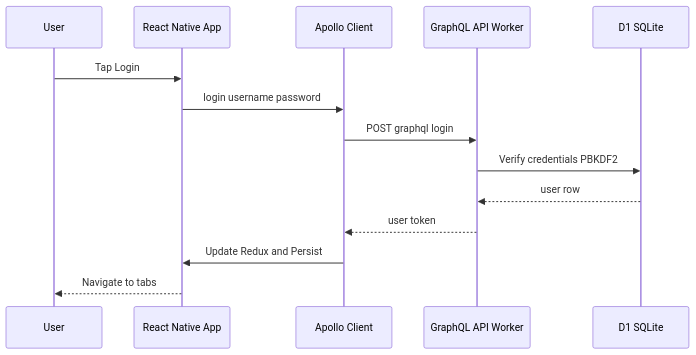
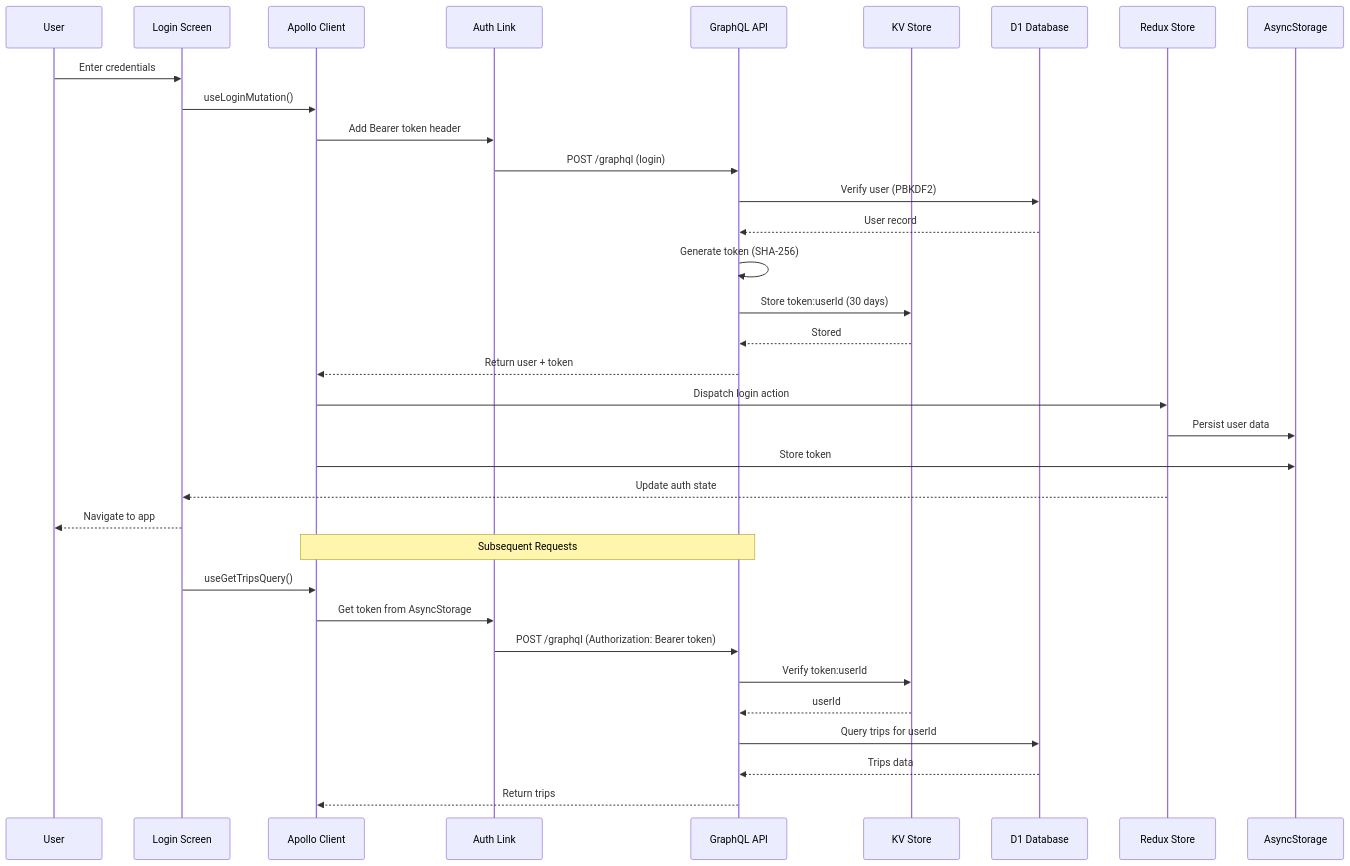
One commit to mehotkhan/safarnak.app changed the sixth of 11 diagrams in README.md. Above: the diagram before and after it, drawn with Mermaid. The commit also changed other lines of this file and 30 other files, not shown here.

First line of the commit message:
feat: enhance error handling, fix offline status, and add comprehensive architecture docs

````diff
--- a/README.md
+++ b/README.md
@@ -123,17 +321,38 @@
 ```mermaid
 sequenceDiagram
   participant U as User
-  participant RN as React Native App
-  participant AP as Apollo Client
-  participant API as GraphQL API Worker
-  participant DB as D1 SQLite
+  participant UI as Login Screen
+  participant AC as Apollo Client
+  participant AL as Auth Link
+  participant API as GraphQL API
+  participant KV as KV Store
+  participant DB as D1 Database
+  participant RS as Redux Store
+  participant AS as AsyncStorage
 
-  U->>RN: Tap Login
-  RN->>AP: login username password
-  AP->>API: POST graphql login
-  API->>DB: Verify credentials PBKDF2
-  DB-->>API: user row
-  API-->>AP: user token
-  AP->>RN: Update Redux and Persist
-  RN-->>U: Navigate to tabs
+  U->>UI: Enter credentials
+  UI->>AC: useLoginMutation()
+  AC->>AL: Add Bearer token header
+  AL->>API: POST /graphql (login)
+  API->>DB: Verify user (PBKDF2)
+  DB-->>API: User record
+  API->>API: Generate token (SHA-256)
+  API->>KV: Store token:userId (30 days)
+  KV-->>API: Stored
+  API-->>AC: Return user + token
+  AC->>RS: Dispatch login action
+  RS->>AS: Persist user data
+  AC->>AS: Store token
+  RS-->>UI: Update auth state
+  UI-->>U: Navigate to app
+
+  Note over AC,API: Subsequent Requests
+  UI->>AC: useGetTripsQuery()
+  AC->>AL: Get token from AsyncStorage
+  AL->>API: POST /graphql (Authorization: Bearer token)
+  API->>KV: Verify token:userId
+  KV-->>API: userId
+  API->>DB: Query trips for userId
+  DB-->>API: Trips data
+  API-->>AC: Return trips
 ```
````
